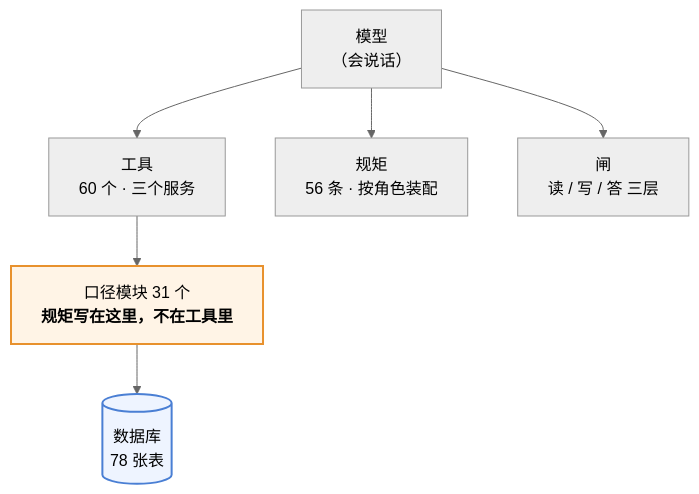
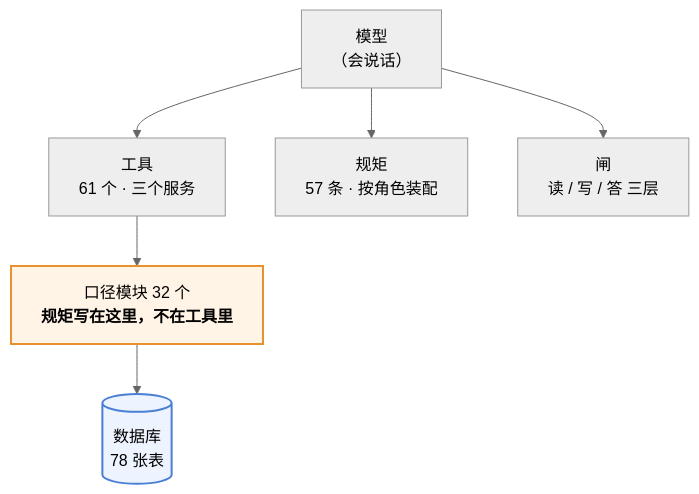
Before and after one commit to 843773296-rgb/lanxiu-yunshang-agent: the first of 3 diagrams in 澜绣云裳agent-产品说明.md, drawn with Mermaid (neutral theme). The commit also changed other lines of this file and 19 other files, not shown here.

````diff
--- a/澜绣云裳agent-产品说明.md
+++ b/澜绣云裳agent-产品说明.md
@@ -62,12 +62,12 @@
 ```mermaid
 flowchart TD
     M["模型<br/>（会说话）"]
-    M --> T["工具<br/>60 个 · 三个服务"]
-    M --> R["规矩<br/>56 条 · 按角色装配"]
+    M --> T["工具<br/>61 个 · 三个服务"]
+    M --> R["规矩<br/>57 条 · 按角色装配"]
     M --> G["闸<br/>读 / 写 / 答 三层"]
-    T --> K["口径模块 31 个<br/><b>规矩写在这里，不在工具里</b>"]
+    T --> K["口径模块 32 个<br/><b>规矩写在这里，不在工具里</b>"]
     K --> DB[("数据库<br/>78 张表")]
 
     style K fill:#fff4e6,stroke:#e8912d,stroke-width:2px
     style DB fill:#eef4ff,stroke:#4a7fd4,stroke-width:2px
 ```
````
